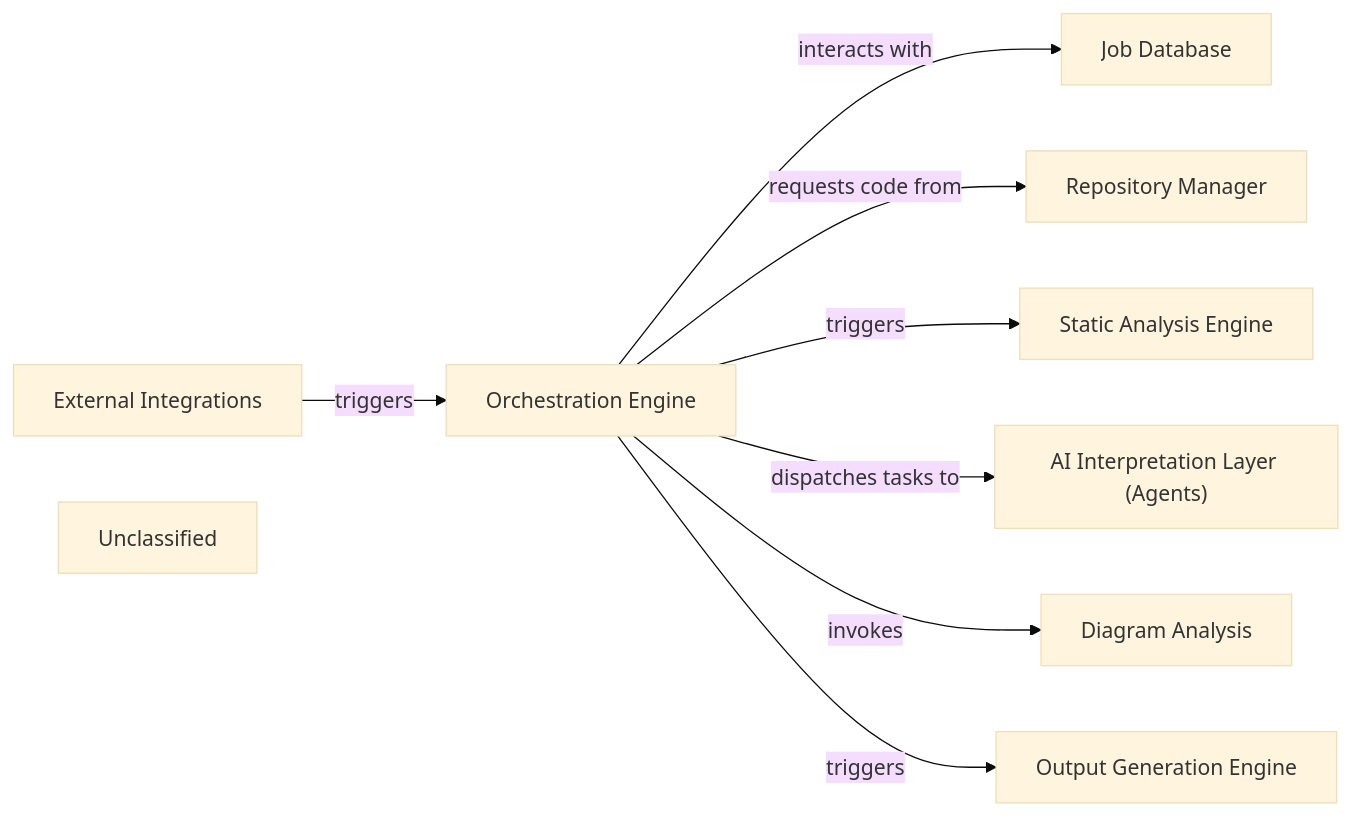
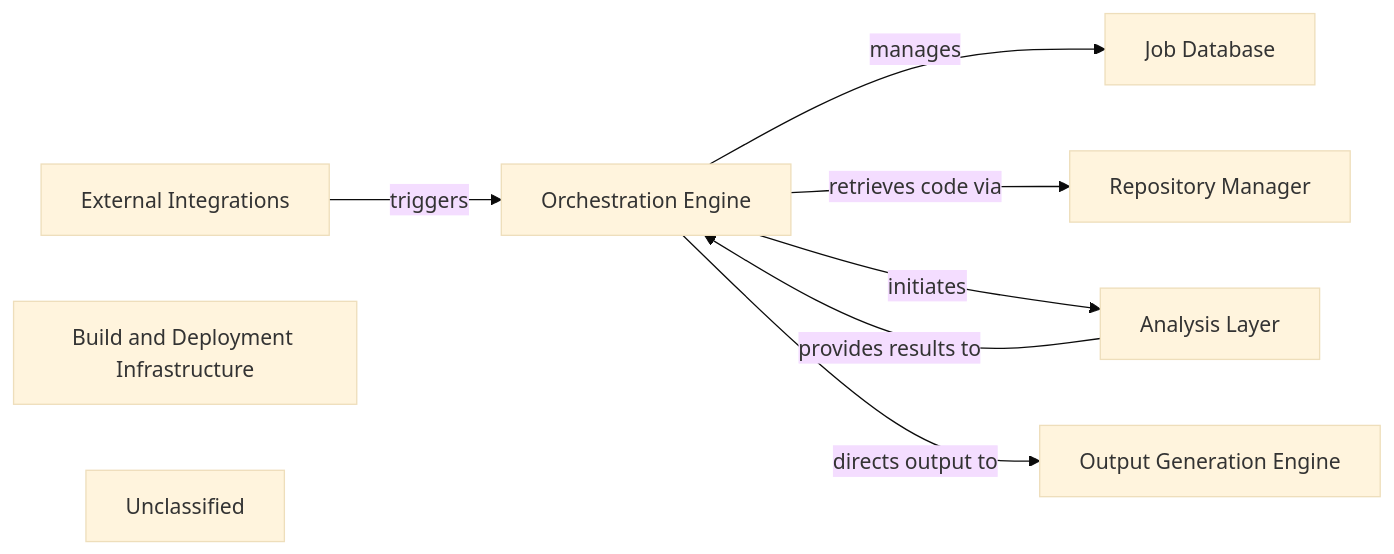
One commit to mariyam866/CodeBoarding changed the diagram in .codeboarding/Orchestration_Engine.md. Above: the diagram before and after it, drawn with Mermaid (base theme). The commit also changed other lines of this file and 16 other files, not shown here.

First line of the commit message:
docs: update codeboarding documentation and generate architecture

````diff
--- a/.codeboarding/Orchestration_Engine.md
+++ b/.codeboarding/Orchestration_Engine.md
@@ -1,23 +1,20 @@
 ```mermaid
 graph LR
     Orchestration_Engine["Orchestration Engine"]
     Job_Database["Job Database"]
     Repository_Manager["Repository Manager"]
-    Static_Analysis_Engine["Static Analysis Engine"]
-    AI_Interpretation_Layer_Agents_["AI Interpretation Layer (Agents)"]
-    Diagram_Analysis["Diagram Analysis"]
+    Analysis_Layer["Analysis Layer"]
     Output_Generation_Engine["Output Generation Engine"]
     External_Integrations["External Integrations"]
+    Build_and_Deployment_Infrastructure["Build and Deployment Infrastructure"]
     Unclassified["Unclassified"]
-    Orchestration_Engine -- "interacts with" --> Job_Database
-    Orchestration_Engine -- "requests code from" --> Repository_Manager
-    Orchestration_Engine -- "triggers" --> Static_Analysis_Engine
-    Orchestration_Engine -- "dispatches tasks to" --> AI_Interpretation_Layer_Agents_
-    Orchestration_Engine -- "invokes" --> Diagram_Analysis
-    Orchestration_Engine -- "triggers" --> Output_Generation_Engine
     External_Integrations -- "triggers" --> Orchestration_Engine
+    Orchestration_Engine -- "manages" --> Job_Database
+    Orchestration_Engine -- "retrieves code via" --> Repository_Manager
+    Orchestration_Engine -- "initiates" --> Analysis_Layer
+    Analysis_Layer -- "provides results to" --> Orchestration_Engine
+    Orchestration_Engine -- "directs output to" --> Output_Generation_Engine
     click Orchestration_Engine href "https://github.com/CodeBoarding/CodeBoarding/blob/main/.codeboarding/Orchestration_Engine.md" "Details"
-    click Job_Database href "https://github.com/CodeBoarding/CodeBoarding/blob/main/.codeboarding/Job_Database.md" "Details"
-    click Static_Analysis_Engine href "https://github.com/CodeBoarding/CodeBoarding/blob/main/.codeboarding/Static_Analysis_Engine.md" "Details"
+    click Repository_Manager href "https://github.com/CodeBoarding/CodeBoarding/blob/main/.codeboarding/Repository_Manager.md" "Details"
     click Output_Generation_Engine href "https://github.com/CodeBoarding/CodeBoarding/blob/main/.codeboarding/Output_Generation_Engine.md" "Details"
 ```
````
